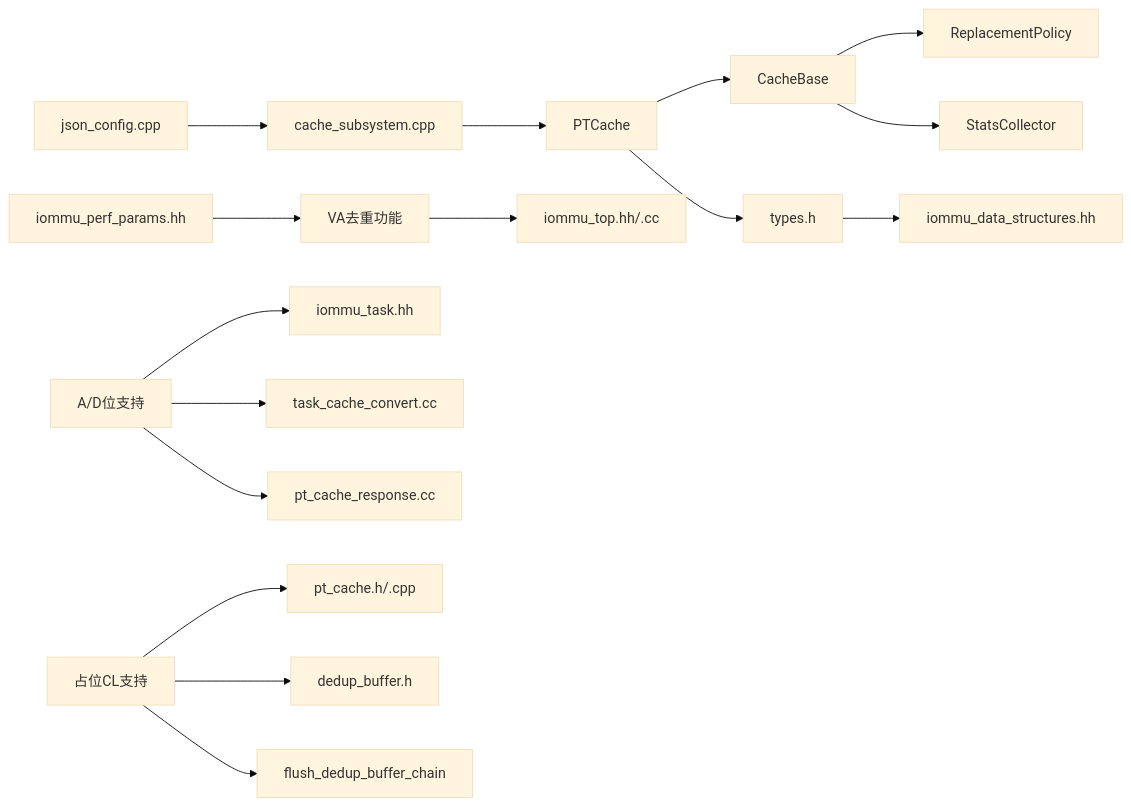
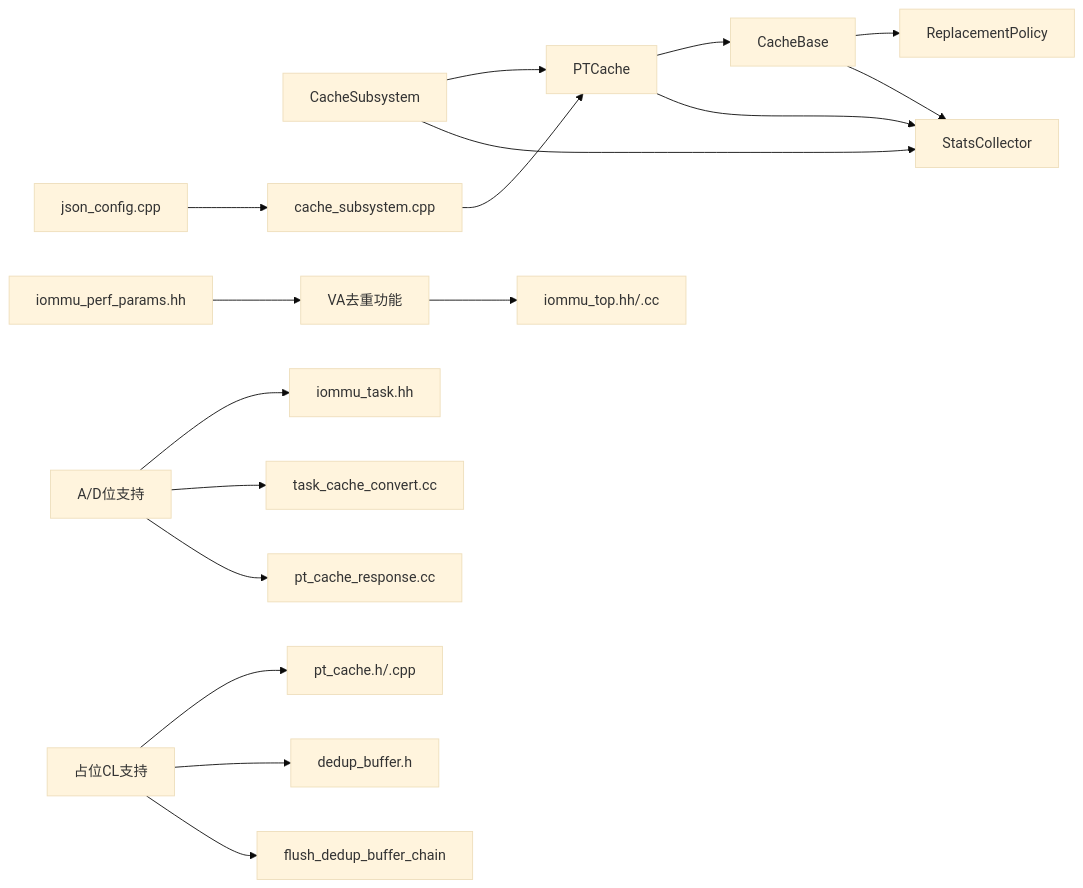
Diagram 20 of 20 in .qoder/repowiki/zh/content/缓存系统架构/页表缓存(PT Cache)/页表缓存(PT Cache).md (jiangjiang1122/iommu_model_20260401_v1), drawn with Mermaid (base theme) before and after one commit. The commit also changed other lines of this file and 25 other files, not shown here.

````diff
--- a/.qoder/repowiki/zh/content/缓存系统架构/页表缓存(PT Cache)/页表缓存(PT Cache).md
+++ b/.qoder/repowiki/zh/content/缓存系统架构/页表缓存(PT Cache)/页表缓存(PT Cache).md
@@ -780,18 +1036,19 @@
 ```mermaid
 graph LR
 PTCache["PTCache"] --> CacheBase["CacheBase<T,D>"]
+PTCache --> Stats["StatsCollector"]
 CacheBase --> Replacement["ReplacementPolicy"]
-CacheBase --> Stats["StatsCollector"]
-PTCache --> Types["types.h"]
-Types --> DS["iommu_data_structures.hh"]
+CacheBase --> Stats
+CacheSubsystem["CacheSubsystem"] --> PTCache
+CacheSubsystem --> Stats
 JSON["json_config.cpp"] --> Subsys["cache_subsystem.cpp"]
 Subsys --> PTCache
 Params["iommu_perf_params.hh"] --> Dedup["VA去重功能"]
 Dedup --> Top["iommu_top.hh/.cc"]
 ADSupport["A/D位支持"] --> Task["iommu_task.hh"]
 ADSupport --> Convert["task_cache_convert.cc"]
 ADSupport --> Response["pt_cache_response.cc"]
 PHSupport["占位CL支持"] --> PHInterface["pt_cache.h/.cpp"]
 PHSupport --> DB["dedup_buffer.h"]
 PHSupport --> PF["flush_dedup_buffer_chain"]
 ```
````
